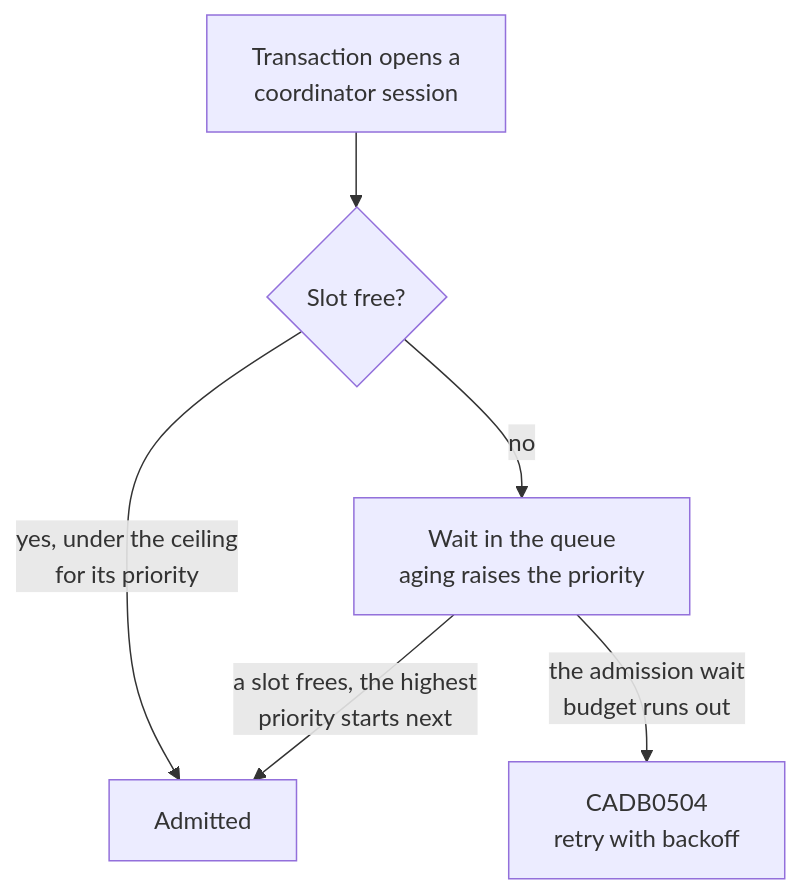
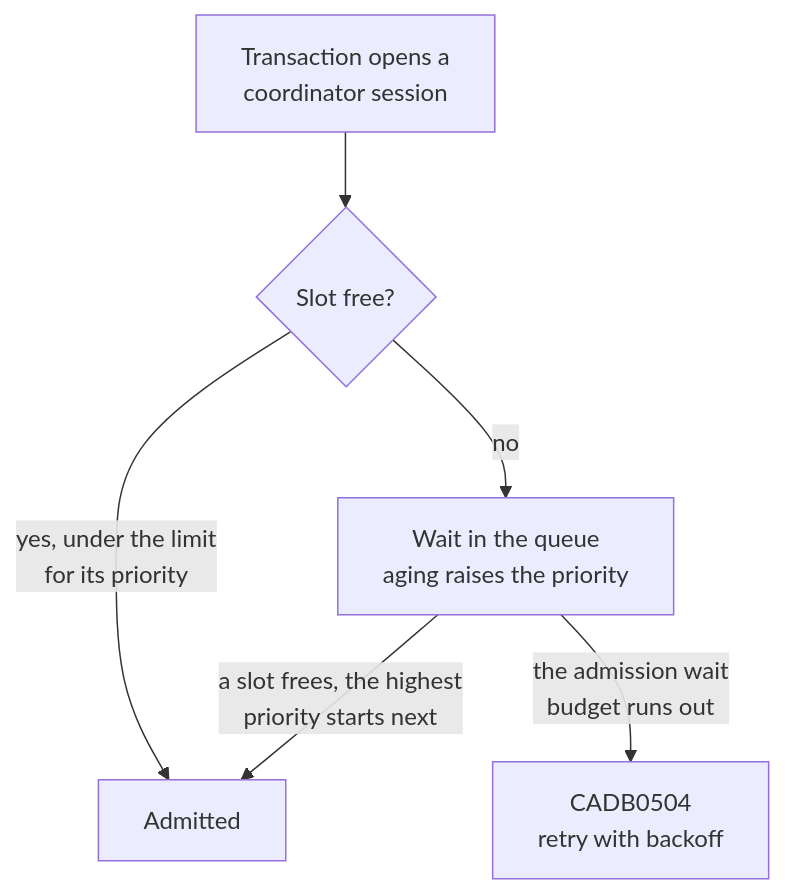
Before and after one commit to camusdb/camusdb.github.io: the diagram in docs/transaction-priority.md, drawn with Mermaid. The commit also changed other lines of this file and 216 other files, not shown here.

````diff
--- a/docs/transaction-priority.md
+++ b/docs/transaction-priority.md
@@ -154,8 +143,8 @@
 ```mermaid
 flowchart TD
     T["Transaction opens a<br/>coordinator session"] --> G{Slot free?}
-    G -->|"yes, under the ceiling<br/>for its priority"| A[Admitted]
+    G -->|"yes, under the limit<br/>for its priority"| A[Admitted]
     G -->|no| Q["Wait in the queue<br/>aging raises the priority"]
     Q -->|"a slot frees, the highest<br/>priority starts next"| A
     Q -->|"the admission wait<br/>budget runs out"| E["CADB0504<br/>retry with backoff"]
 ```
````
